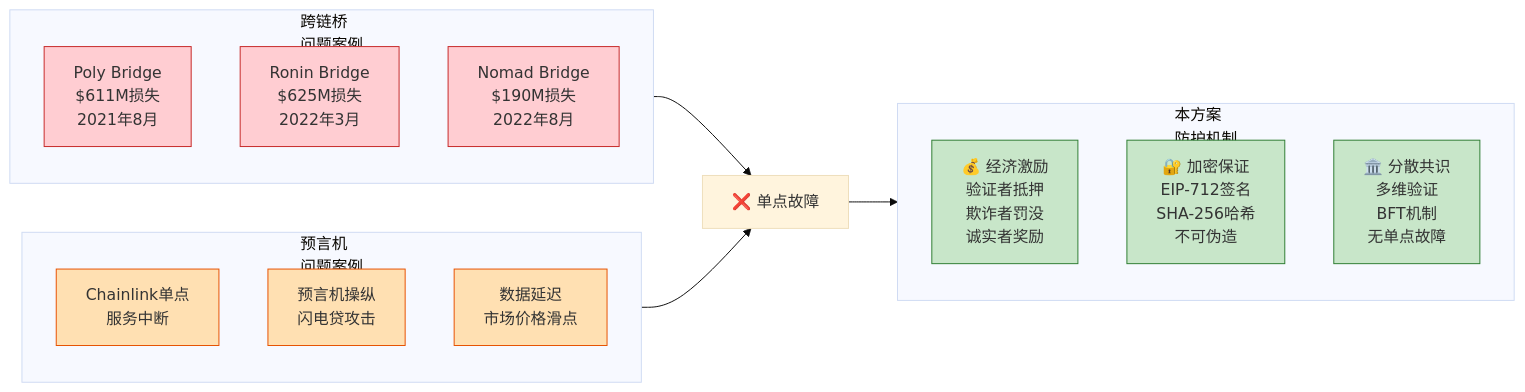
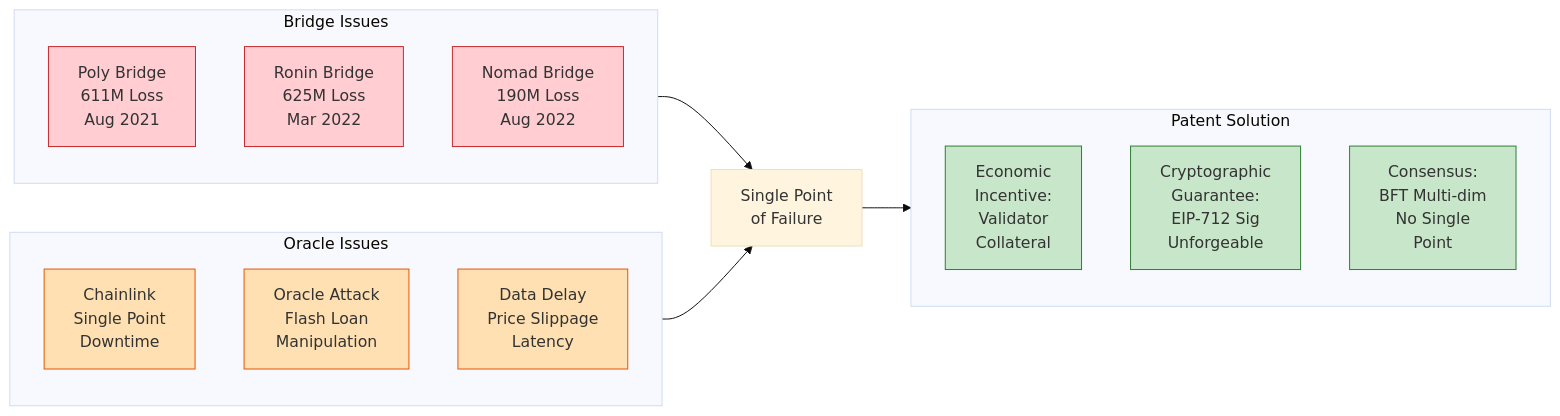
One commit to JCCDex/jcc_document changed diagram 13 of 17 in src/jcc_blog/pic.md. Above: the diagram before and after it, drawn with Mermaid (base theme). The commit also changed other lines of this file, not shown here.

First line of the commit message:
Fix Mermaid 8.9.2 compatibility issues

````diff
--- a/src/jcc_blog/pic.md
+++ b/src/jcc_blog/pic.md
@@ -420,34 +420,34 @@
 ```mermaid
 graph LR
-    subgraph Bridges["跨链桥<br/>问题案例"]
-        B1["Poly Bridge<br/>$611M损失<br/>2021年8月"]
-        B2["Ronin Bridge<br/>$625M损失<br/>2022年3月"]
-        B3["Nomad Bridge<br/>$190M损失<br/>2022年8月"]
+    subgraph Bridges["Bridge Issues"]
+        B1["Poly Bridge<br/>611M Loss<br/>Aug 2021"]
+        B2["Ronin Bridge<br/>625M Loss<br/>Mar 2022"]
+        B3["Nomad Bridge<br/>190M Loss<br/>Aug 2022"]
     end
     
-    subgraph Oracles["预言机<br/>问题案例"]
-        O1["Chainlink单点<br/>服务中断"]
-        O2["预言机操纵<br/>闪电贷攻击"]
-        O3["数据延迟<br/>市场价格滑点"]
+    subgraph Oracles["Oracle Issues"]
+        O1["Chainlink<br/>Single Point<br/>Downtime"]
+        O2["Oracle Attack<br/>Flash Loan<br/>Manipulation"]
+        O3["Data Delay<br/>Price Slippage<br/>Latency"]
     end
     
-    subgraph Ours["本方案<br/>防护机制"]
-        S1["💰 经济激励<br/>验证者抵押<br/>欺诈者罚没<br/>诚实者奖励"]
-        S2["🔐 加密保证<br/>EIP-712签名<br/>SHA-256哈希<br/>不可伪造"]
-        S3["🏛️ 分散共识<br/>多维验证<br/>BFT机制<br/>无单点故障"]
+    subgraph Ours["Patent Solution"]
+        S1["Economic<br/>Incentive:<br/>Validator<br/>Collateral"]
+        S2["Cryptographic<br/>Guarantee:<br/>EIP-712 Sig<br/>Unforgeable"]
+        S3["Consensus:<br/>BFT Multi-dim<br/>No Single<br/>Point"]
     end
     
-    Bridges --> Weakness["❌ 单点故障"]
+    Bridges --> Weakness["Single Point<br/>of Failure"]
     Oracles --> Weakness
     Weakness --> Ours
     
     style B1 fill:#ffcdd2,stroke:#c62828
     style B2 fill:#ffcdd2,stroke:#c62828
     style B3 fill:#ffcdd2,stroke:#c62828
     style O1 fill:#ffe0b2,stroke:#e65100
     style O2 fill:#ffe0b2,stroke:#e65100
     style O3 fill:#ffe0b2,stroke:#e65100
     style S1 fill:#c8e6c9,stroke:#2e7d32
     style S2 fill:#c8e6c9,stroke:#2e7d32
     style S3 fill:#c8e6c9,stroke:#2e7d32
 ```
````
